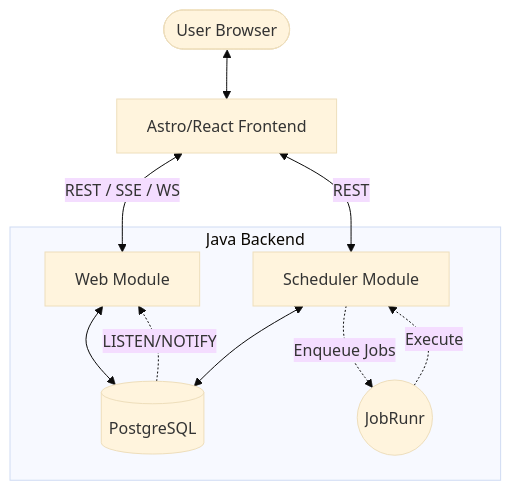
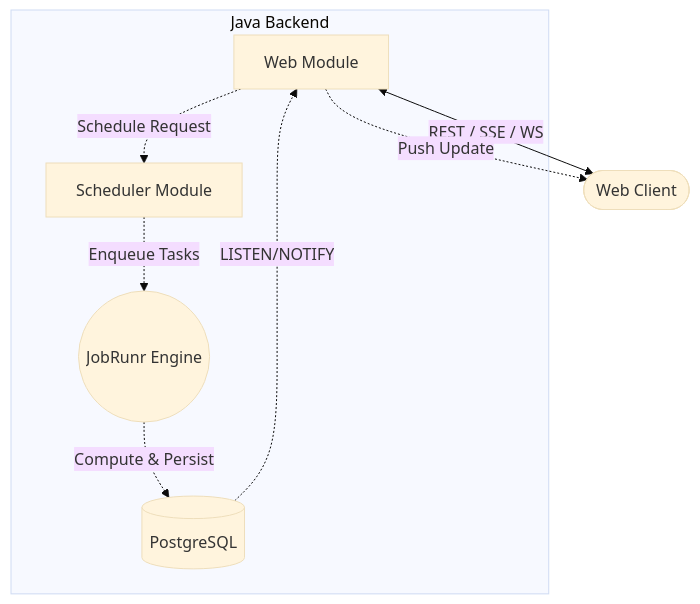
One commit to mangila/fibonacci changed the diagram in java/README.md. Above: the diagram before and after it, drawn with Mermaid (base theme). The commit also changed other lines of this file and 13 other files, not shown here.

````diff
--- a/java/README.md
+++ b/java/README.md
@@ -37,18 +22,16 @@
 ```mermaid
 graph TD
     subgraph "Java Backend"
         Web[Web Module]
         Scheduler[Scheduler Module]
         DB[(PostgreSQL)]
-        JobRunr
+        JobRunr((JobRunr Engine))
     end
 
-    User([User Browser]) <--> Client[Astro/React Frontend]
-    Client <-->|REST / SSE / WS| Web
-    Client <-->|REST| Scheduler
-    Web <--> DB
-    Scheduler <--> DB
+    User([Web Client]) <-->|REST / SSE / WS| Web
+    Web -.->|Schedule Request| Scheduler
+    Scheduler -.->|Enqueue Tasks| JobRunr
+    JobRunr -.->|Compute & Persist| DB
     DB -.->|LISTEN/NOTIFY| Web
-    Scheduler -.->|Enqueue Jobs| JobRunr((JobRunr))
-    JobRunr -.->|Execute| Scheduler
+    Web -.->|Push Update| User
 ```
````
